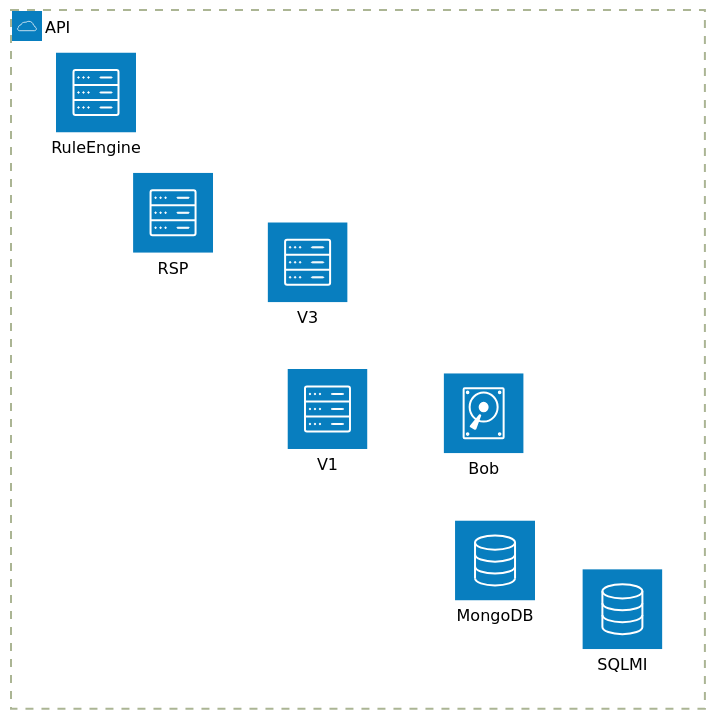
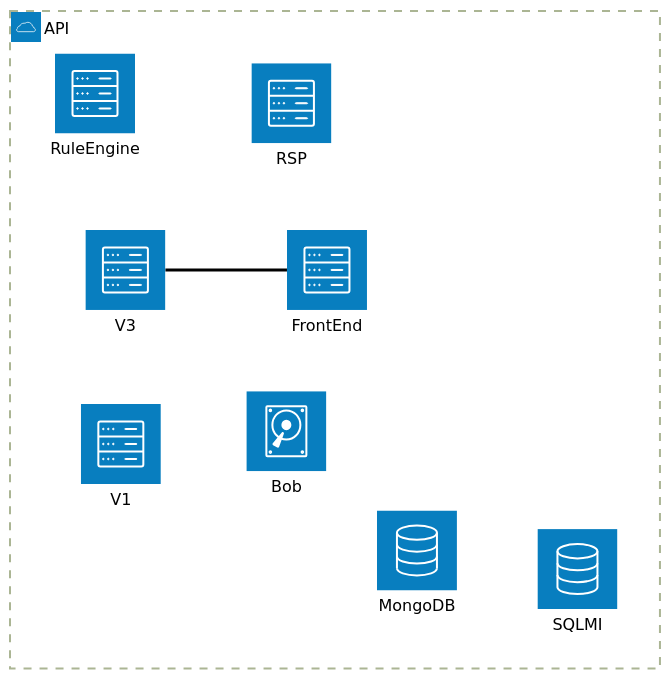
Before and after one commit to joeycmlam/mysys: the diagram in diagram/architecture.v1.mmd, drawn with Mermaid (forest theme).

Commit message:
mermaid poc

```diff
--- a/diagram/architecture.v1.mmd
+++ b/diagram/architecture.v1.mmd
@@ -1,10 +1,13 @@
 architecture-beta
     group sys(cloud)[API]
 
     service dbSQL(database)[SQLMI] in sys
     service dbNoSQL(database)[MongoDB] in sys
     service disk1(disk)[Bob] in sys
     service serverv1(server)[V1] in sys
-    service serverv3(server)[V3] in sys
+    service apiv3(server)[V3] in sys
     service serverrsp(server)[RSP] in sys
+    service ui(server)[FrontEnd] in sys
     service serverruleengine(server)[RuleEngine] in sys
+
+    ui:L -- R:apiv3
```
